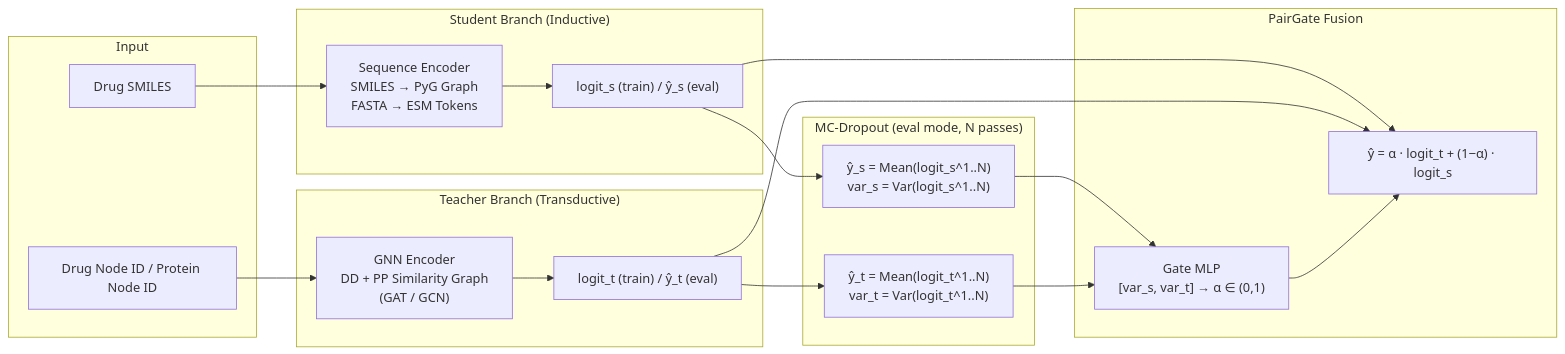
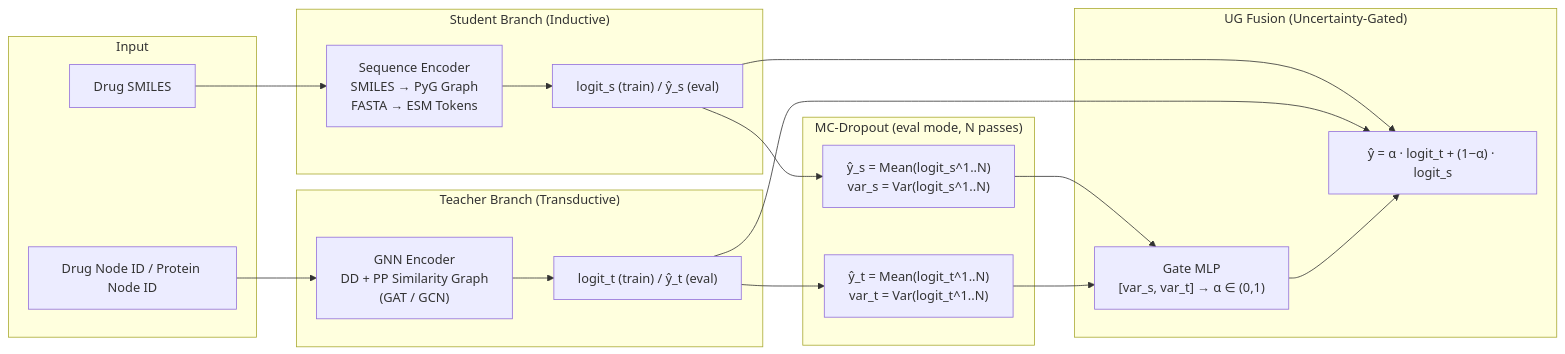
Before and after one commit to mysorf-9239/UGTSDTI: the first of 2 diagrams in docs/source/overview.rst, drawn with Mermaid. The commit also changed other lines of this file and 56 other files, not shown here.

```diff
--- a/docs/source/overview.rst
+++ b/docs/source/overview.rst
@@ -30,35 +30,35 @@
 .. mermaid::
 
     flowchart LR
         subgraph Input
             A["Drug SMILES"]
             B["Drug Node ID / Protein Node ID"]
         end
 
         subgraph Student["Student Branch (Inductive)"]
             C["Sequence Encoder\nSMILES → PyG Graph\nFASTA → ESM Tokens"]
             D["logit_s (train) / ŷ_s (eval)"]
         end
 
         subgraph Teacher["Teacher Branch (Transductive)"]
             E["GNN Encoder\nDD + PP Similarity Graph\n(GAT / GCN)"]
             F["logit_t (train) / ŷ_t (eval)"]
         end
 
         subgraph MC["MC-Dropout (eval mode, N passes)"]
             G["ŷ_s = Mean(logit_s^1..N)\nvar_s = Var(logit_s^1..N)"]
             H["ŷ_t = Mean(logit_t^1..N)\nvar_t = Var(logit_t^1..N)"]
         end
 
-        subgraph Fusion["PairGate Fusion"]
+        subgraph Fusion["UG Fusion (Uncertainty-Gated)"]
             I["Gate MLP\n[var_s, var_t] → α ∈ (0,1)"]
             J["ŷ = α · logit_t + (1−α) · logit_s"]
         end
 
         A --> C --> D --> G
         B --> E --> F --> H
         G --> I
         H --> I
         D --> J
         F --> J
         I --> J
```
